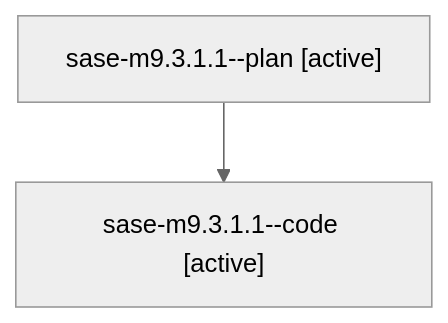
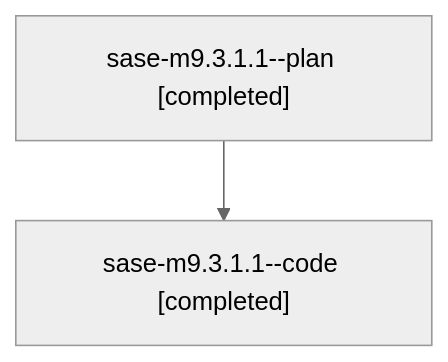
The diagram in families/bbugyi200.athena.sase-m9.3.1.1.md (sase-org/sase--agents), drawn with Mermaid (neutral theme) before and after one commit. The commit also changed other lines of this file and 155 other files, not shown here.

````diff
--- a/families/bbugyi200.athena.sase-m9.3.1.1.md
+++ b/families/bbugyi200.athena.sase-m9.3.1.1.md
@@ -9,6 +9,6 @@
 ```mermaid
 flowchart TD
-  n0["sase-m9.3.1.1--plan [active]"]
-  n1["sase-m9.3.1.1--code [active]"]
+  n0["sase-m9.3.1.1--plan [completed]"]
+  n1["sase-m9.3.1.1--code [completed]"]
   n0 --> n1
 ```
````
